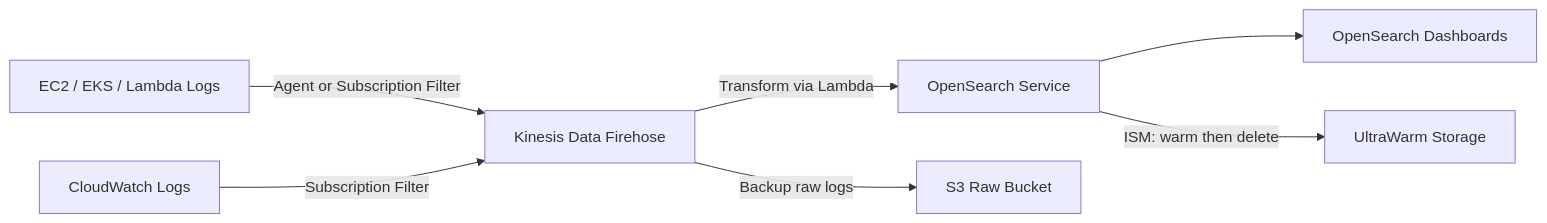
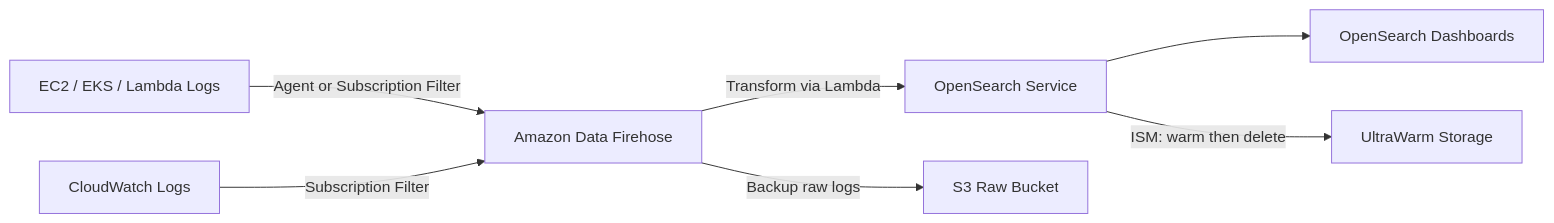
One commit to himanshubhardwaj87/awesome-aws-architecture changed the second of 2 diagrams in concepts/streaming-and-search-kafka-opensearch.md. Above: the diagram before and after it, drawn with Mermaid. The commit also changed other lines of this file and 18 other files, not shown here.

````diff
--- a/concepts/streaming-and-search-kafka-opensearch.md
+++ b/concepts/streaming-and-search-kafka-opensearch.md
@@ -130,9 +130,9 @@
 ```mermaid
 graph LR
-    Apps["EC2 / EKS / Lambda Logs"] -->|"Agent or Subscription Filter"| KDF["Kinesis Data Firehose"]
+    Apps["EC2 / EKS / Lambda Logs"] -->|"Agent or Subscription Filter"| KDF["Amazon Data Firehose"]
     KDF -->|"Transform via Lambda"| OS["OpenSearch Service"]
     KDF -->|"Backup raw logs"| S3Raw["S3 Raw Bucket"]
     OS --> Dash["OpenSearch Dashboards"]
     OS -->|"ISM: warm then delete"| UW["UltraWarm Storage"]
     CWL["CloudWatch Logs"] -->|"Subscription Filter"| KDF
 ```
````
